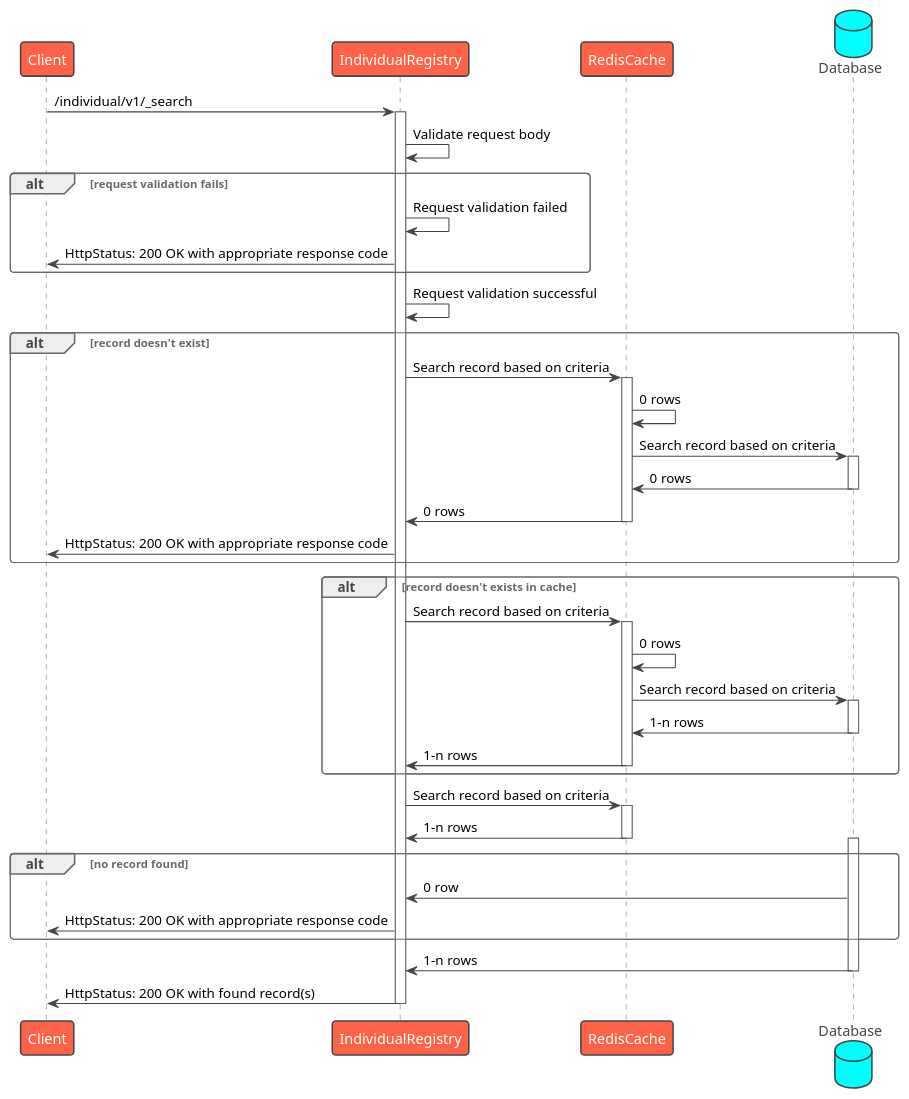
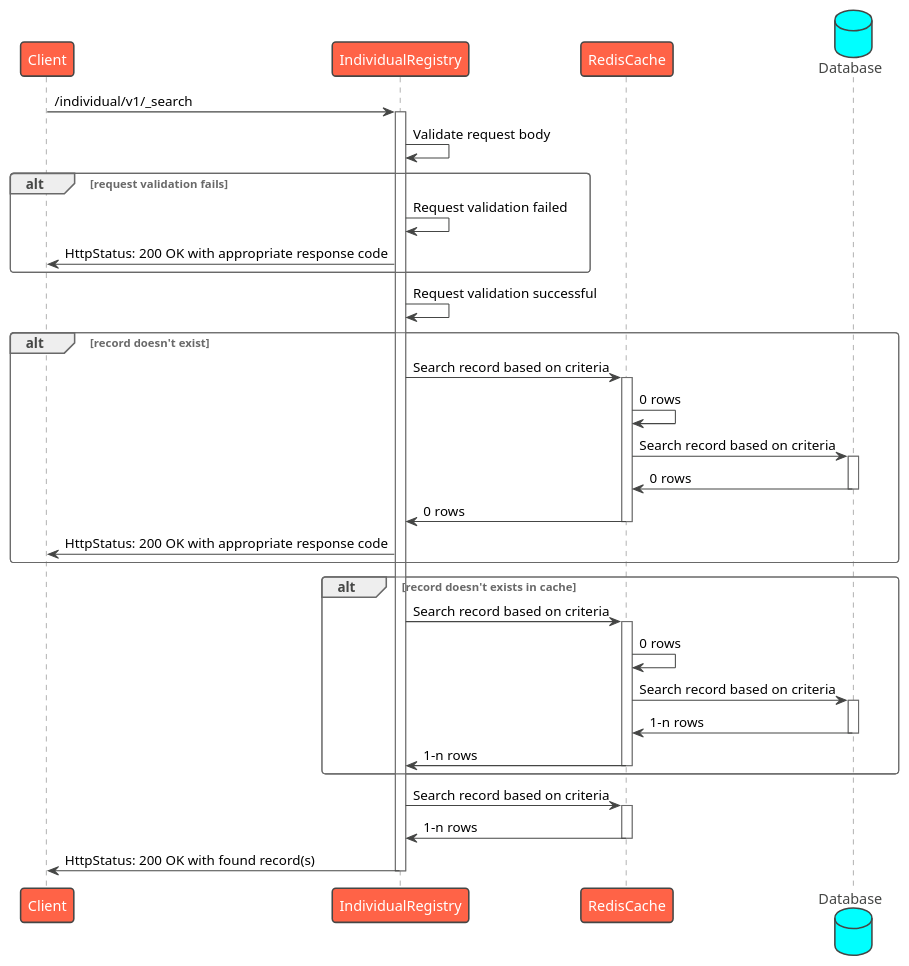
Before and after one commit to egovernments/health-api-specs: the diagram in contracts/registries/individual/sequence/search.puml, drawn with PlantUML. The commit also changed 4 other files, not shown here.

Commit message:
Sequence: Sending 200 OK in case of any caught error

```diff
--- a/contracts/registries/individual/sequence/search.puml
+++ b/contracts/registries/individual/sequence/search.puml
@@ -1,51 +1,44 @@
 @startuml Individual Registry - Search
 !theme vibrant
 participant Client as c
 participant IndividualRegistry as ir
 participant RedisCache as rc
 database Database as db
 c -> ir : /individual/v1/_search
 activate ir
 ir -> ir: Validate request body
 alt request validation fails
     ir -> ir: Request validation failed
     ir -> c: HttpStatus: 200 OK with appropriate response code
 end
 ir -> ir: Request validation successful
 alt record doesn't exist
     ir -> rc: Search record based on criteria
     activate rc
     rc -> rc: 0 rows
     rc -> db: Search record based on criteria
     activate db
     db -> rc: 0 rows
     deactivate db
     rc -> ir: 0 rows
     deactivate rc
     ir -> c: HttpStatus: 200 OK with appropriate response code
 end
 alt record doesn't exists in cache
     ir -> rc: Search record based on criteria
     activate rc
     rc -> rc: 0 rows
     rc -> db: Search record based on criteria
     activate db
     db -> rc: 1-n rows
     deactivate db
     rc -> ir: 1-n rows
     deactivate rc
 end
 ir -> rc: Search record based on criteria
 activate rc
 rc -> ir: 1-n rows
 deactivate rc
-alt no record found
-    activate db
-    db -> ir: 0 row
-    ir -> c: HttpStatus: 200 OK with appropriate response code
-end
-db -> ir: 1-n rows
-deactivate db
 ir -> c: HttpStatus: 200 OK with found record(s)
 deactivate ir
 @enduml
```
